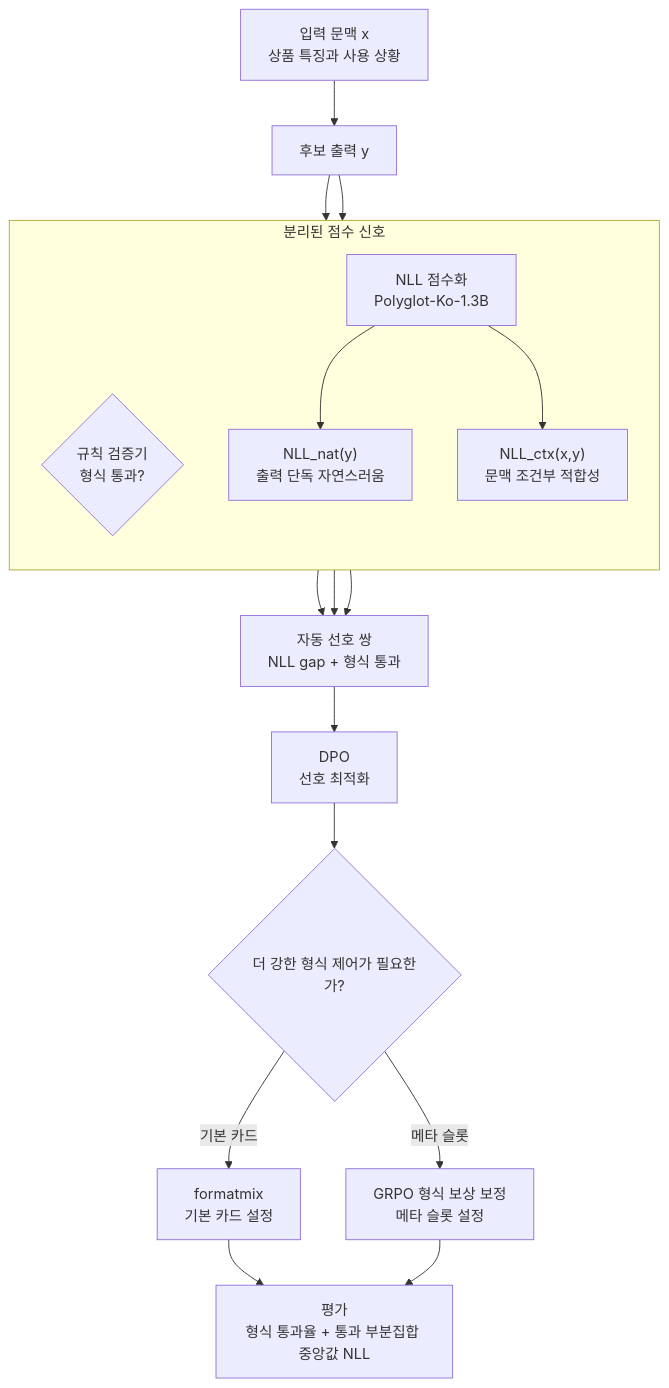
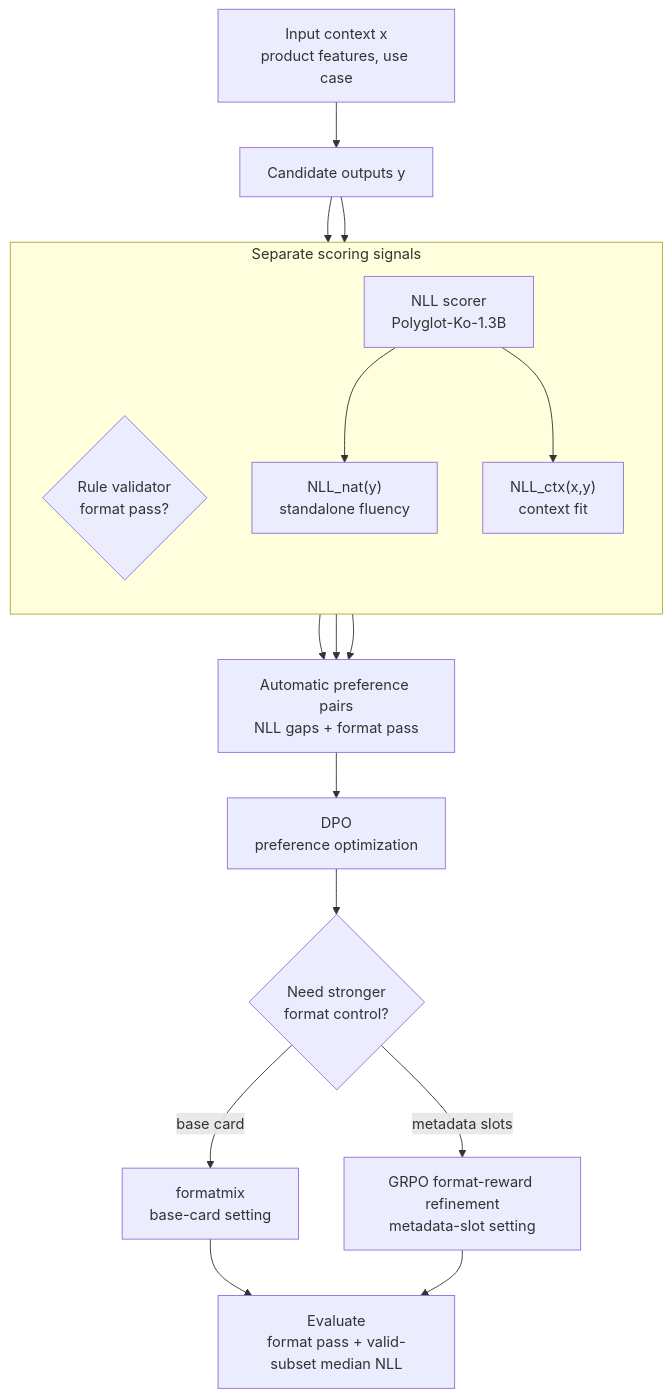
The diagram in technical-reports/korean-ui-nll-proxy-alignment.md (muted-color/muted-color.github.io), drawn with Mermaid before and after one commit.

Commit message:
Polish Korean UI proxy alignment report

````diff
--- a/technical-reports/korean-ui-nll-proxy-alignment.md
+++ b/technical-reports/korean-ui-nll-proxy-alignment.md
@@ -86,35 +86,35 @@
 ```mermaid
 flowchart TB
-  A["입력 문맥 x<br/>상품 특징과 사용 상황"]
-  B["후보 출력 y"]
+  A["Input context x<br/>product features, use case"]
+  B["Candidate outputs y"]
 
-  subgraph S["분리된 점수 신호"]
+  subgraph S["Separate scoring signals"]
     direction TB
-    C{"규칙 검증기<br/>형식 통과?"}
-    D["NLL 점수화<br/>Polyglot-Ko-1.3B"]
-    E["NLL_nat(y)<br/>출력 단독 자연스러움"]
-    F["NLL_ctx(x,y)<br/>문맥 조건부 적합성"]
+    C{"Rule validator<br/>format pass?"}
+    D["NLL scorer<br/>Polyglot-Ko-1.3B"]
+    E["NLL_nat(y)<br/>standalone fluency"]
+    F["NLL_ctx(x,y)<br/>context fit"]
   end
 
-  G["자동 선호 쌍<br/>NLL gap + 형식 통과"]
-  H["DPO<br/>선호 최적화"]
-  I{"더 강한 형식 제어가 필요한가?"}
-  J["formatmix<br/>기본 카드 설정"]
-  K["GRPO 형식 보상 보정<br/>메타 슬롯 설정"]
-  L["평가<br/>형식 통과율 + 통과 부분집합 중앙값 NLL"]
+  G["Automatic preference pairs<br/>NLL gaps + format pass"]
+  H["DPO<br/>preference optimization"]
+  I{"Need stronger<br/>format control?"}
+  J["formatmix<br/>base-card setting"]
+  K["GRPO format-reward refinement<br/>metadata-slot setting"]
+  L["Evaluate<br/>format pass + valid-subset median NLL"]
 
   A --> B
   B --> C
   B --> D
   D --> E
   D --> F
   C --> G
   E --> G
   F --> G
   G --> H
   H --> I
-  I -->|기본 카드| J
-  I -->|메타 슬롯| K
+  I -->|base card| J
+  I -->|metadata slots| K
   J --> L
   K --> L
 ```
````
